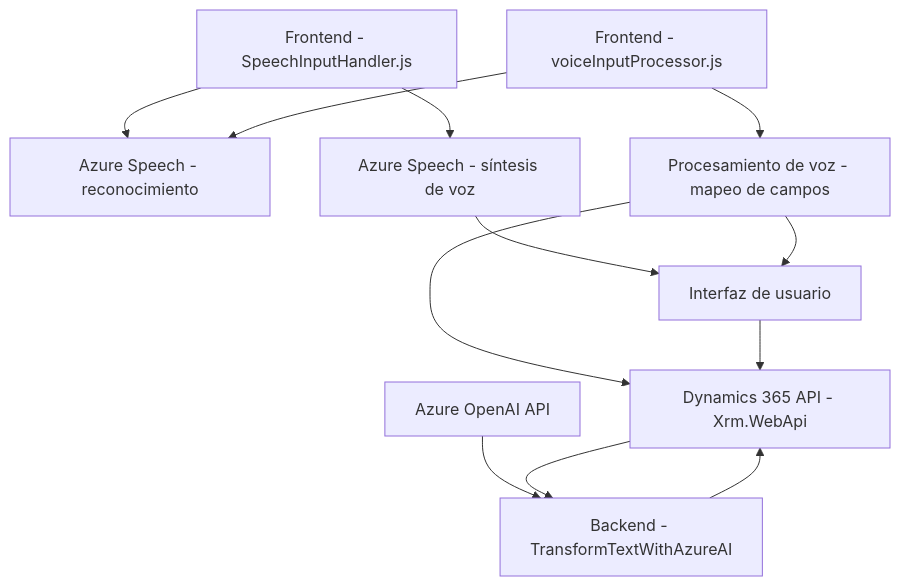
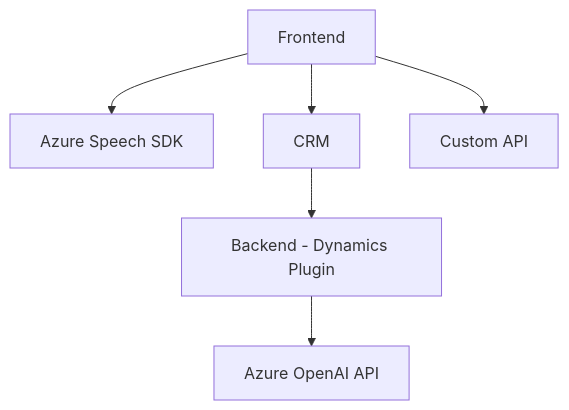
The diagram in README.md (blopezdm/NETCORE_BILBAO2025), drawn with Mermaid before and after one commit. The commit also changed other lines of this file, not shown here.

````diff
--- a/README.md
+++ b/README.md
@@ -57,14 +29,15 @@
 ```mermaid
 graph TD
-    A["Frontend - SpeechInputHandler.js"] --> B["Azure Speech - reconocimiento"]
-    A --> C["Azure Speech - síntesis de voz"]
-    D["Frontend - voiceInputProcessor.js"] --> B
-    D --> E["Procesamiento de voz - mapeo de campos"]
-    E --> F["Dynamics 365 API - Xrm.WebApi"]
-    G["Azure OpenAI API"] --> H["Backend - TransformTextWithAzureAI"]
-    F --> H
-    C --> I["Interfaz de usuario"]
-    E --> I
-    I --> F
-    H --> F
+    A[Frontend]
+    B[Backend - Dynamics Plugin]
+    C["Azure Speech SDK"]
+    D[CRM]
+    E["Azure OpenAI API"]
+    F["Custom API"]
+    
+    A --> C
+    A --> D
+    A --> F
+    D --> B
+    B --> E
 ```
````
